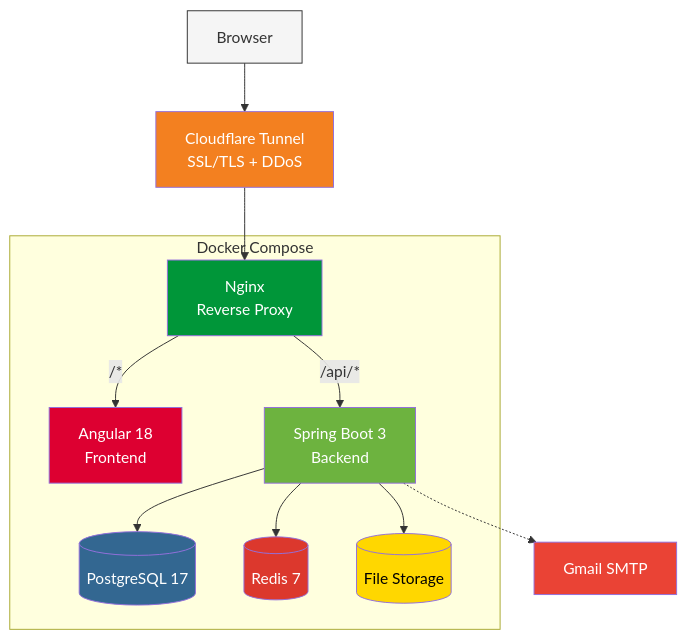
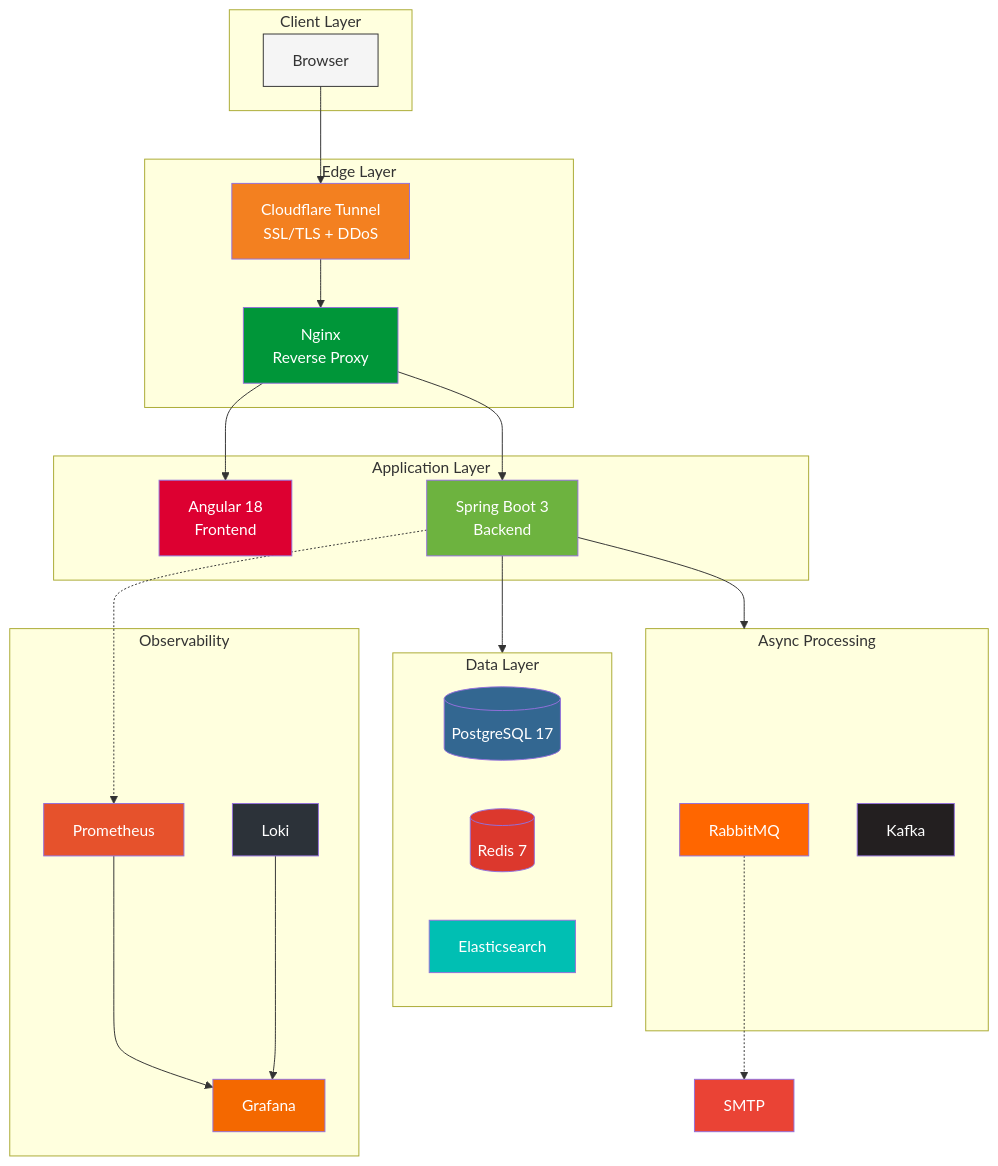
The diagram in README.md (emmanuelgabe/portfolio), drawn with Mermaid before and after one commit. The commit also changed other lines of this file and 1 other file, not shown here.

````diff
--- a/README.md
+++ b/README.md
@@ -34,32 +48,55 @@
 ```mermaid
 flowchart TB
-    User["Browser"] --> CF["Cloudflare Tunnel<br/>SSL/TLS + DDoS"]
-    CF --> NGINX["Nginx<br/>Reverse Proxy"]
+    subgraph Client["Client Layer"]
+        User["Browser"]
+    end
 
-    NGINX --> |"/*"| FE["Angular 18<br/>Frontend"]
-    NGINX --> |"/api/*"| BE["Spring Boot 3<br/>Backend"]
+    subgraph Edge["Edge Layer"]
+        CF["Cloudflare Tunnel<br/>SSL/TLS + DDoS"]
+        NGINX["Nginx<br/>Reverse Proxy"]
+    end
 
-    BE --> DB[("PostgreSQL 17")]
-    BE --> Redis[("Redis 7")]
-    BE --> Storage[("File Storage")]
-    BE -.-> Mail["Gmail SMTP"]
+    subgraph Application["Application Layer"]
+        FE["Angular 18<br/>Frontend"]
+        BE["Spring Boot 3<br/>Backend"]
+    end
 
-    subgraph Docker["Docker Compose"]
-        NGINX
-        FE
-        BE
-        DB
-        Redis
-        Storage
+    subgraph Data["Data Layer"]
+        DB[("PostgreSQL 17")]
+        Redis[("Redis 7")]
+        ES["Elasticsearch"]
     end
+
+    subgraph Async["Async Processing"]
+        RabbitMQ["RabbitMQ"]
+        Kafka["Kafka"]
+    end
+
+    subgraph Observability["Observability"]
+        Prometheus --> Grafana
+        Loki --> Grafana
+    end
+
+    User --> CF --> NGINX
+    NGINX --> FE
+    NGINX --> BE
+    BE --> Data
+    BE --> Async
+    BE -.-> Prometheus
+    RabbitMQ -.-> Mail["SMTP"]
 
     style User fill:#f5f5f5,stroke:#333
     style CF fill:#f38020,color:#fff
     style NGINX fill:#009639,color:#fff
     style FE fill:#dd0031,color:#fff
     style BE fill:#6db33f,color:#fff
     style DB fill:#336791,color:#fff
     style Redis fill:#dc382d,color:#fff
-    style Storage fill:#ffd700,color:#000
+    style ES fill:#00bfb3,color:#fff
+    style RabbitMQ fill:#ff6600,color:#fff
+    style Kafka fill:#231f20,color:#fff
     style Mail fill:#ea4335,color:#fff
+    style Prometheus fill:#e6522c,color:#fff
+    style Grafana fill:#f46800,color:#fff
+    style Loki fill:#2c3239,color:#fff
 ```
````
